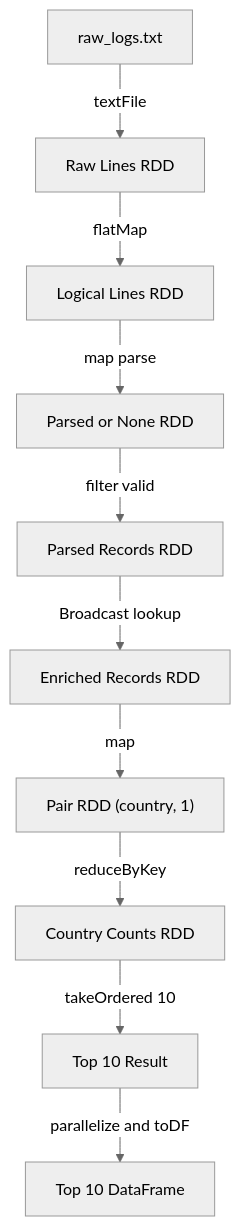
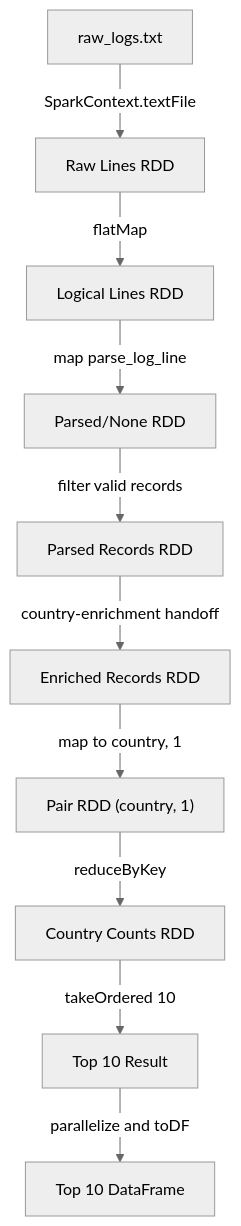
One commit to michbinh/bigdata-spark-project-group-3 changed the diagram in REPORT.md. Above: the diagram before and after it, drawn with Mermaid (neutral theme). The commit also changed other lines of this file, not shown here.

Commit message:
docs: align RDD report with shared structure

````diff
--- a/REPORT.md
+++ b/REPORT.md
@@ -171,12 +104,12 @@
 ```mermaid
 flowchart TD
-    A[raw_logs.txt] -->|textFile| B[Raw Lines RDD]
+    A[raw_logs.txt] -->|SparkContext.textFile| B[Raw Lines RDD]
     B -->|flatMap| C[Logical Lines RDD]
-    C -->|map parse| D[Parsed or None RDD]
-    D -->|filter valid| E[Parsed Records RDD]
-    E -->|Broadcast lookup| F[Enriched Records RDD]
-    F -->|map| G["Pair RDD (country, 1)"]
+    C -->|map parse_log_line| D[Parsed/None RDD]
+    D -->|filter valid records| E[Parsed Records RDD]
+    E -->|country-enrichment handoff| F[Enriched Records RDD]
+    F -->|map to country, 1| G["Pair RDD (country, 1)"]
     G -->|reduceByKey| H[Country Counts RDD]
     H -->|takeOrdered 10| I[Top 10 Result]
     I -->|parallelize and toDF| J[Top 10 DataFrame]
 ```
````
